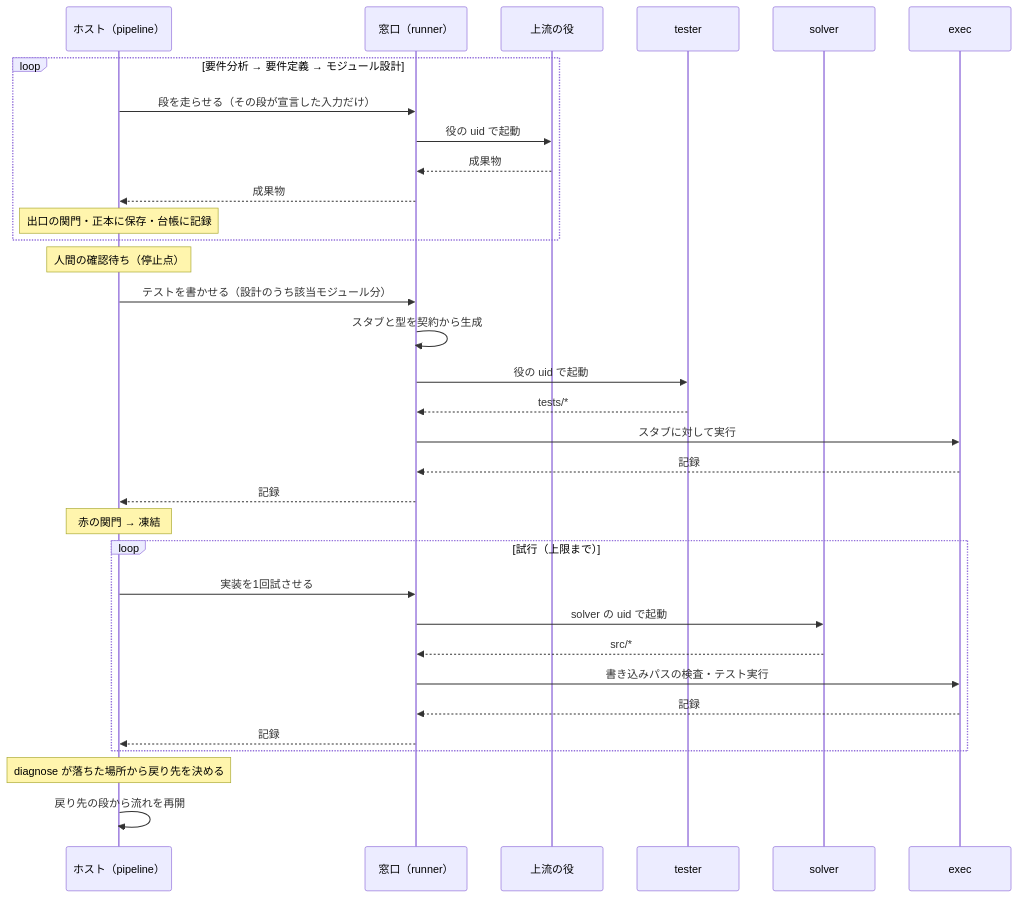
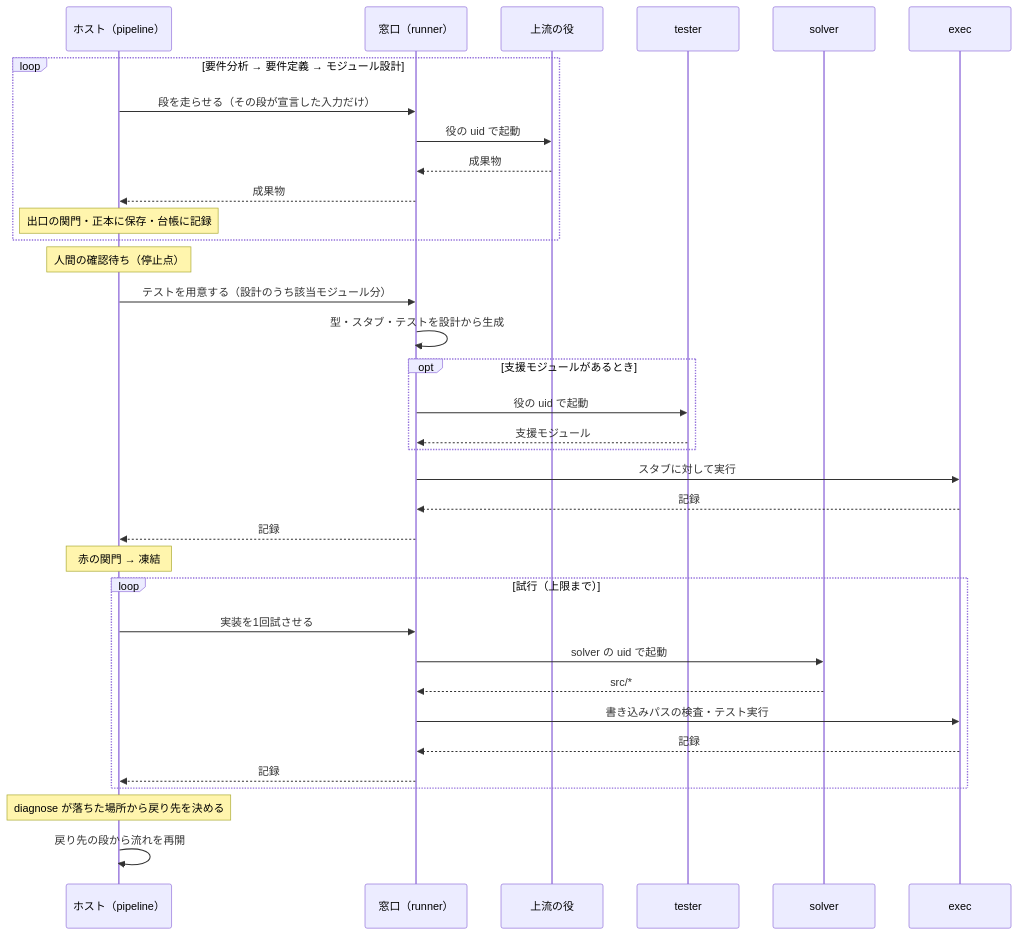
Before and after one commit to Nakano-official/Loop-Engine: the second of 2 diagrams in docs/REDESIGN.md, drawn with Mermaid. The commit also changed other lines of this file and 4 other files, not shown here.

````diff
--- a/docs/REDESIGN.md
+++ b/docs/REDESIGN.md
@@ -363,39 +375,41 @@
 ```mermaid
 sequenceDiagram
   participant H as ホスト（pipeline）
   participant R as 窓口（runner）
   participant U as 上流の役
   participant T as tester
   participant S as solver
   participant X as exec
 
   loop 要件分析 → 要件定義 → モジュール設計
     H->>R: 段を走らせる（その段が宣言した入力だけ）
     R->>U: 役の uid で起動
     U-->>R: 成果物
     R-->>H: 成果物
     Note over H: 出口の関門・正本に保存・台帳に記録
   end
   Note over H: 人間の確認待ち（停止点）
 
-  H->>R: テストを書かせる（設計のうち該当モジュール分）
-  R->>R: スタブと型を契約から生成
-  R->>T: 役の uid で起動
-  T-->>R: tests/*
+  H->>R: テストを用意する（設計のうち該当モジュール分）
+  R->>R: 型・スタブ・テストを設計から生成
+  opt 支援モジュールがあるとき
+    R->>T: 役の uid で起動
+    T-->>R: 支援モジュール
+  end
   R->>X: スタブに対して実行
   X-->>R: 記録
   R-->>H: 記録
   Note over H: 赤の関門 → 凍結
 
   loop 試行（上限まで）
     H->>R: 実装を1回試させる
     R->>S: solver の uid で起動
     S-->>R: src/*
     R->>X: 書き込みパスの検査・テスト実行
     X-->>R: 記録
     R-->>H: 記録
   end
 
   Note over H: diagnose が落ちた場所から戻り先を決める
   H->>H: 戻り先の段から流れを再開
 ```
````
